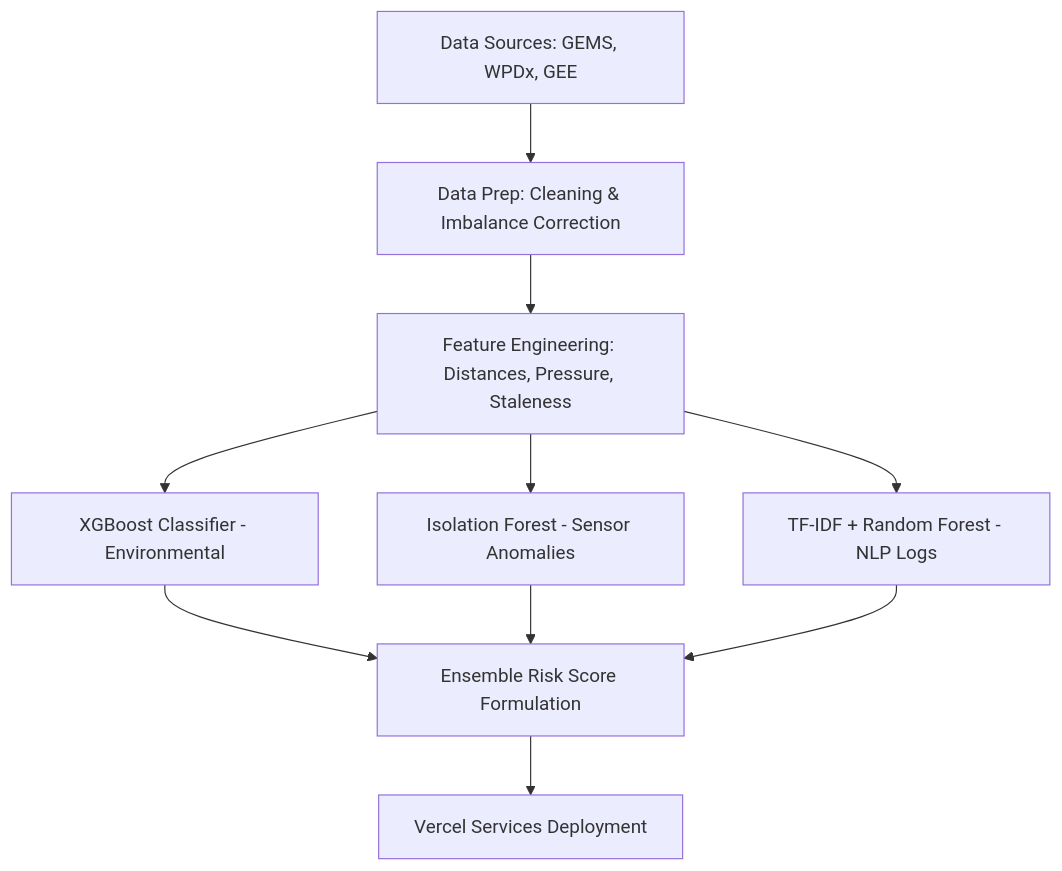
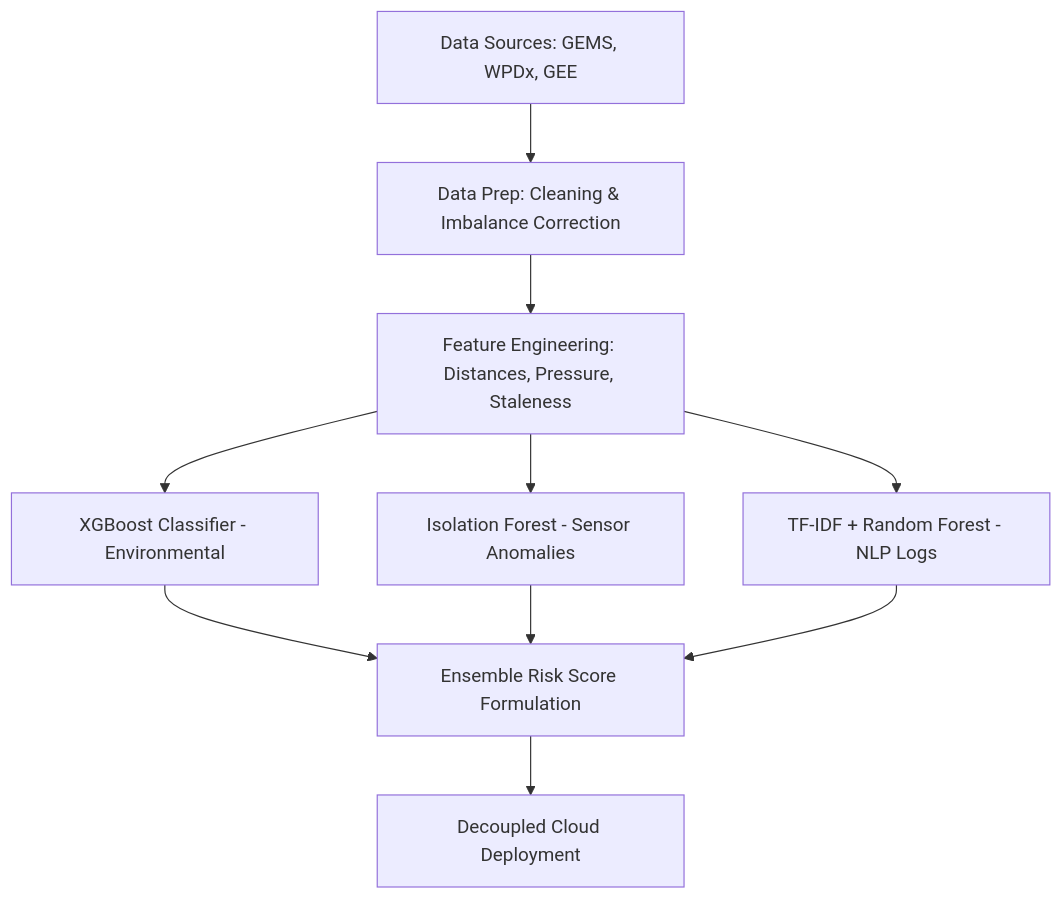
One commit to TonnieD/MajiCast changed the diagram in README.md. Above: the diagram before and after it, drawn with Mermaid. The commit also changed other lines of this file and 5 other files, not shown here.

````diff
--- a/README.md
+++ b/README.md
@@ -43,12 +45,12 @@
 ```mermaid
 graph TD
     A[Data Sources: GEMS, WPDx, GEE] --> B[Data Prep: Cleaning & Imbalance Correction]
     B --> C[Feature Engineering: Distances, Pressure, Staleness]
     C --> D1[XGBoost Classifier - Environmental]
     C --> D2[Isolation Forest - Sensor Anomalies]
     C --> D3[TF-IDF + Random Forest - NLP Logs]
     D1 --> E[Ensemble Risk Score Formulation]
     D2 --> E
     D3 --> E
-    E --> F[Vercel Services Deployment]
+    E --> F[Decoupled Cloud Deployment]
 ```
````
